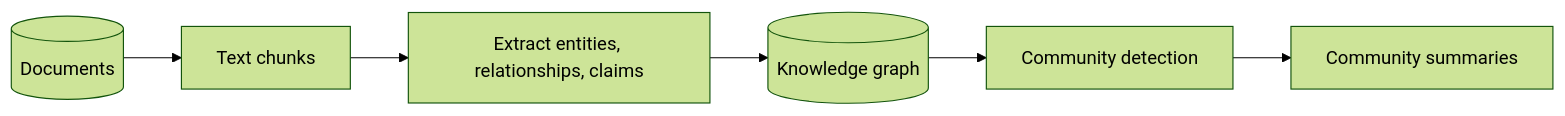
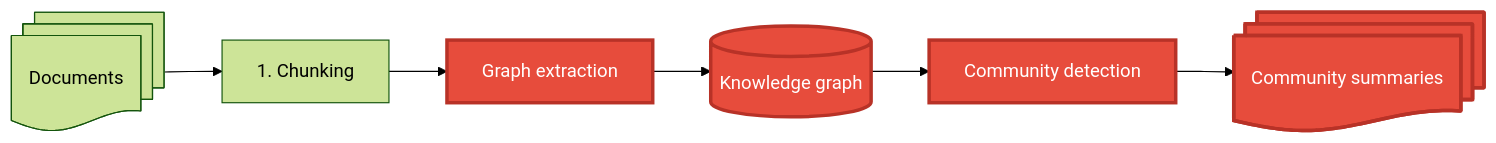
One commit to w4bo/AA2627-unibo-dcai changed diagram 13 of 20 in slides/02-rag.qmd. Above: the diagram before and after it, drawn with Mermaid (forest theme). The commit also changed other lines of this file and 2 other files, not shown here.

````diff
--- a/slides/02-rag.qmd
+++ b/slides/02-rag.qmd
@@ -988,9 +1007,12 @@
 ```{mermaid}
 %%| echo: false
 flowchart LR
-  D[(Documents)] --> C[Text chunks]
-  C --> ER[Extract entities, relationships, claims]
-  ER --> KG[(Knowledge graph)]
+  D@{ shape: docs, label: "Documents" } --> C[1. Chunking]
+  C --> X[Graph extraction]
+  X --> KG[(Knowledge graph)]
   KG --> CD[Community detection]
-  CD --> CS[Community summaries]
+  CD --> CS@{ shape: docs, label: "Community summaries" }
+
+  classDef focus fill:#e74c3c,color:#fff,stroke:#b83227,stroke-width:3px
+  class X,KG,CD,CS focus
 ```
````
